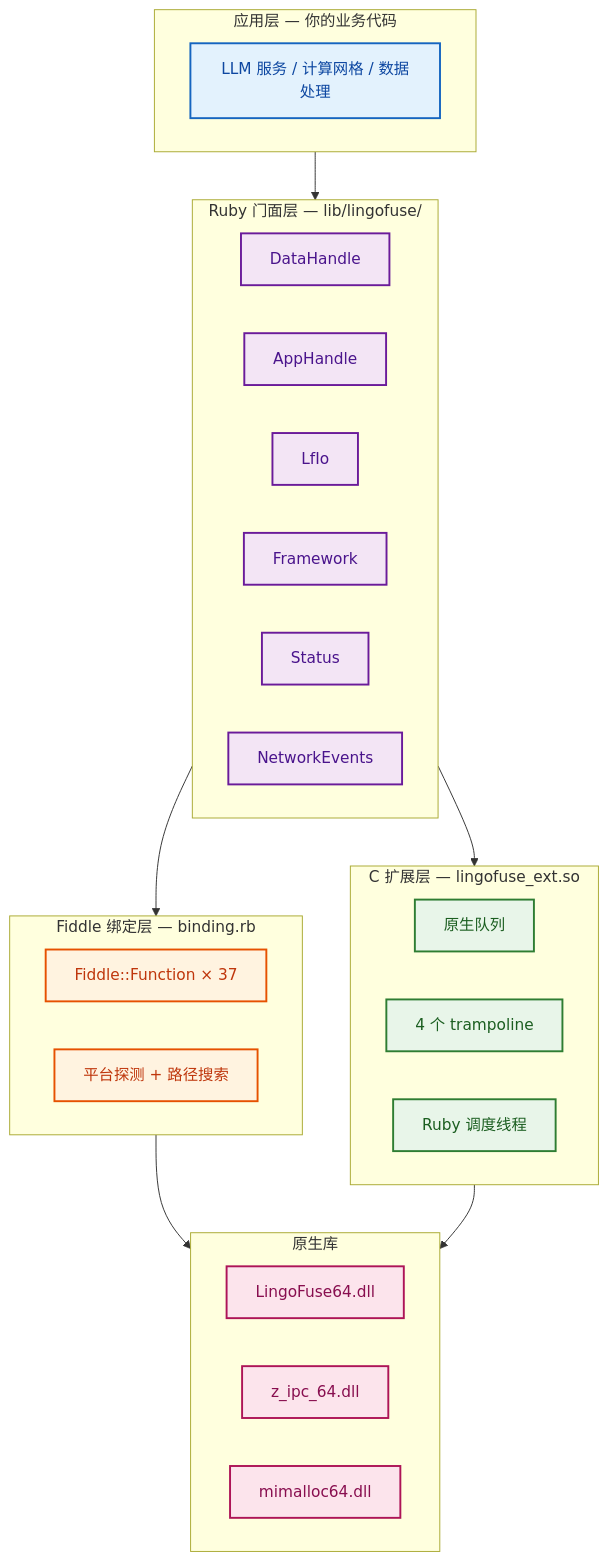
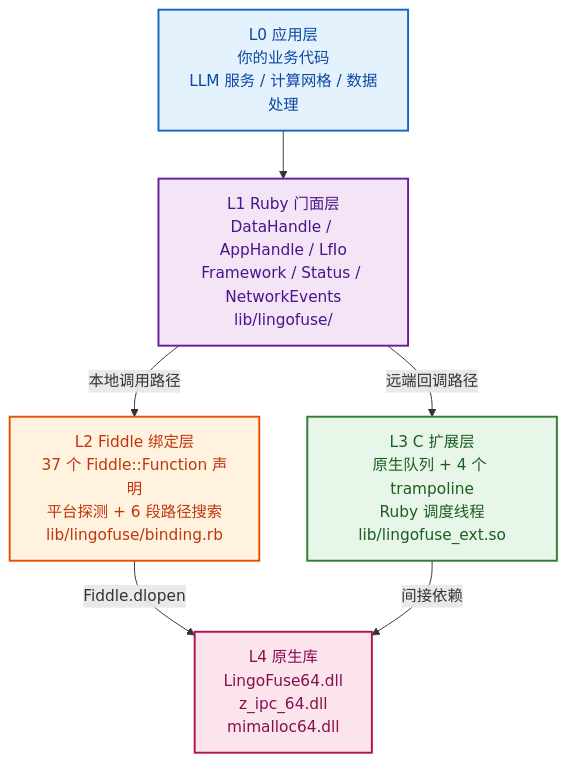
One commit to PassByYou888/LingoFuse changed the first of 23 diagrams in ruby/README.md. Above: the diagram before and after it, drawn with Mermaid. The commit also changed other lines of this file, not shown here.

````diff
--- a/ruby/README.md
+++ b/ruby/README.md
@@ -43,50 +44,26 @@
 ```mermaid
 flowchart TD
-    subgraph L0["应用层 — 你的业务代码"]
-        U1["LLM 服务 / 计算网格 / 数据处理"]
-    end
-
-    subgraph L1["Ruby 门面层 — lib/lingofuse/"]
-        F1["DataHandle"]
-        F2["AppHandle"]
-        F3["LfIo"]
-        F4["Framework"]
-        F5["Status"]
-        F6["NetworkEvents"]
-    end
-
-    subgraph L2["Fiddle 绑定层 — binding.rb"]
-        B1["Fiddle::Function × 37"]
-        B2["平台探测 + 路径搜索"]
-    end
-
-    subgraph L3["C 扩展层 — lingofuse_ext.so"]
-        E1["原生队列"]
-        E2["4 个 trampoline"]
-        E3["Ruby 调度线程"]
-    end
-
-    subgraph L4["原生库"]
-        N1["LingoFuse64.dll"]
-        N2["z_ipc_64.dll"]
-        N3["mimalloc64.dll"]
-    end
+    L0["L0 应用层<br/>你的业务代码<br/>LLM 服务 / 计算网格 / 数据处理"]
+    L1["L1 Ruby 门面层<br/>DataHandle / AppHandle / LfIo<br/>Framework / Status / NetworkEvents<br/>lib/lingofuse/"]
+    L2["L2 Fiddle 绑定层<br/>37 个 Fiddle::Function 声明<br/>平台探测 + 6 段路径搜索<br/>lib/lingofuse/binding.rb"]
+    L3["L3 C 扩展层<br/>原生队列 + 4 个 trampoline<br/>Ruby 调度线程<br/>lib/lingofuse_ext.so"]
+    L4["L4 原生库<br/>LingoFuse64.dll<br/>z_ipc_64.dll<br/>mimalloc64.dll"]
 
     L0 --> L1
-    L1 --> L2
-    L1 --> L3
-    L2 --> L4
-    L3 --> L4
+    L1 -->|"本地调用路径"| L2
+    L1 -->|"远端回调路径"| L3
+    L2 -->|"Fiddle.dlopen"| L4
+    L3 -->|"间接依赖"| L4
 
-    classDef appLayer fill:#E3F2FD,stroke:#1565C0,stroke-width:2px,color:#0D47A1
-    classDef rubyLayer fill:#F3E5F5,stroke:#6A1B9A,stroke-width:2px,color:#4A148C
-    classDef fiddleLayer fill:#FFF3E0,stroke:#E65100,stroke-width:2px,color:#BF360C
-    classDef cextLayer fill:#E8F5E9,stroke:#2E7D32,stroke-width:2px,color:#1B5E20
-    classDef nativeLayer fill:#FCE4EC,stroke:#AD1457,stroke-width:2px,color:#880E4F
+    classDef app fill:#E3F2FD,stroke:#1565C0,stroke-width:2px,color:#0D47A1
+    classDef facade fill:#F3E5F5,stroke:#6A1B9A,stroke-width:2px,color:#4A148C
+    classDef fiddle fill:#FFF3E0,stroke:#E65100,stroke-width:2px,color:#BF360C
+    classDef cext fill:#E8F5E9,stroke:#2E7D32,stroke-width:2px,color:#1B5E20
+    classDef native fill:#FCE4EC,stroke:#AD1457,stroke-width:2px,color:#880E4F
 
-    class U1 appLayer
-    class F1,F2,F3,F4,F5,F6 rubyLayer
-    class B1,B2 fiddleLayer
-    class E1,E2,E3 cextLayer
-    class N1,N2,N3 nativeLayer
+    class L0 app
+    class L1 facade
+    class L2 fiddle
+    class L3 cext
+    class L4 native
 ```
````
